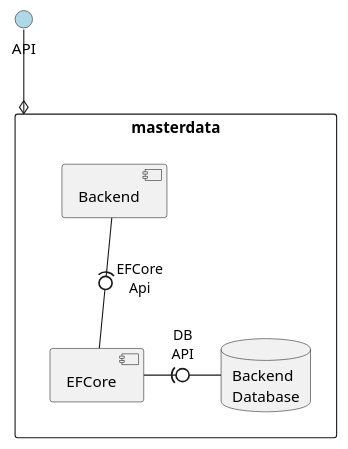
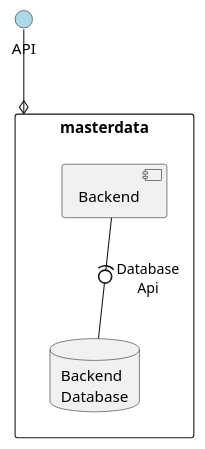
The diagram in docs/sprint_1/global_artifacts/arquitecture/level_3/logic_views/l3_logic_view.puml (BernasDzn/portit), drawn with PlantUML before and after one commit. The commit also changed 9 other files, not shown here.

```diff
--- a/docs/sprint_1/global_artifacts/arquitecture/level_3/logic_views/l3_logic_view.puml
+++ b/docs/sprint_1/global_artifacts/arquitecture/level_3/logic_views/l3_logic_view.puml
@@ -1,21 +1,19 @@
 @startuml logicview_n4
 skinparam Linetype polyline
 
 
 circle "API" as api #LightBlue
 
 api --o masterdata
 
 rectangle "Master Data" as masterdata {
 	
 	[Backend] as backend
-	[EFCore] as efcore
 
 	database "Backend\nDatabase" as database
 
 } 
 
-backend -(0- efcore : "EFCore\nApi"
-efcore -r(0- database : "DB\nAPI"
+backend -(0- database : "Database\nApi"
 
 @enduml
```
